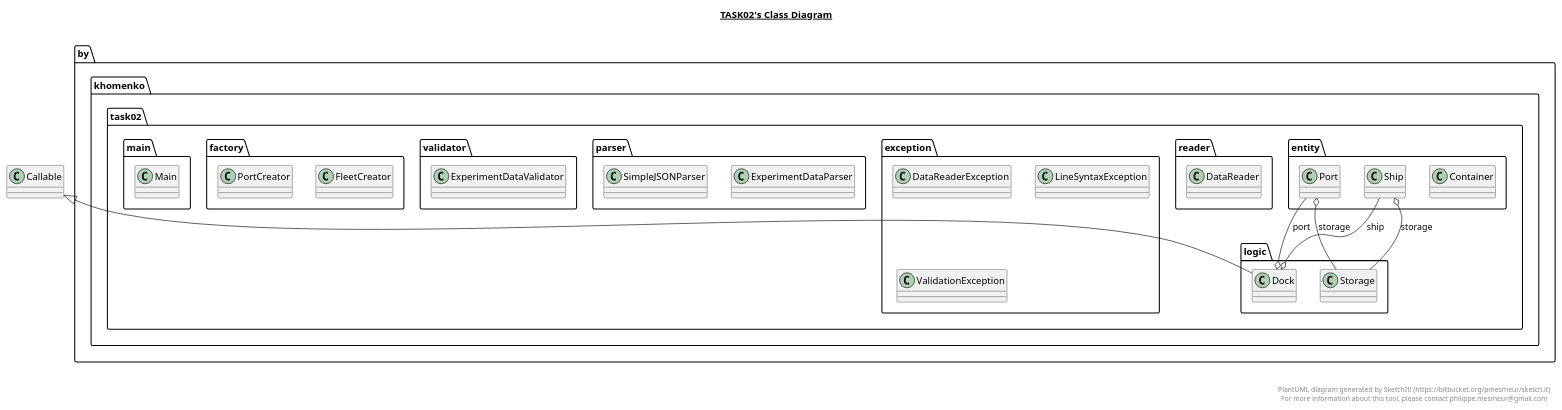
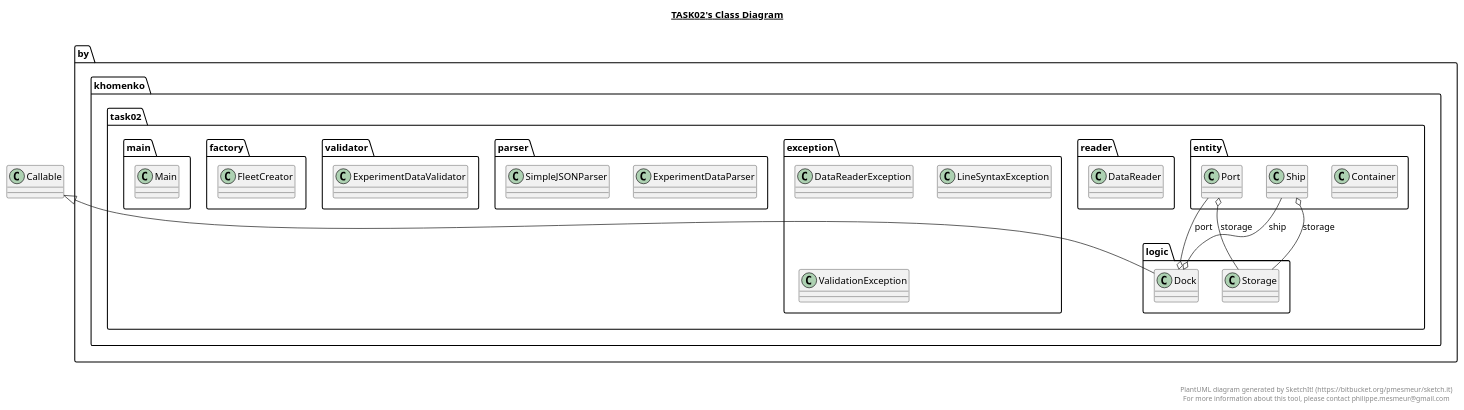
Before and after one commit to EX22/EpamTraining: the diagram in Task02/Task02.plantuml, drawn with PlantUML. The commit also changed 10 other files, not shown here.

```diff
--- a/Task02/Task02.plantuml
+++ b/Task02/Task02.plantuml
@@ -1,109 +1,103 @@
 @startuml
 
 title __TASK02's Class Diagram__\n
 
   package by.khomenko.task02.entity {
     class Container {
     }
   }
   
 
   package by.khomenko.task02.reader {
     class DataReader {
     }
   }
   
 
   package by.khomenko.task02.exception {
     class DataReaderException {
     }
   }
   
 
   package by.khomenko.task02.logic {
     class Dock {
     }
   }
   
 
   package by.khomenko.task02.parser {
     class ExperimentDataParser {
     }
   }
   
 
   package by.khomenko.task02.validator {
     class ExperimentDataValidator {
     }
   }
   
 
   package by.khomenko.task02.factory {
     class FleetCreator {
     }
   }
   
 
   package by.khomenko.task02.exception {
     class LineSyntaxException {
     }
   }
   
 
   package by.khomenko.task02.main {
     class Main {
     }
   }
   
 
   package by.khomenko.task02.entity {
     class Port {
     }
   }
-  
 
-  package by.khomenko.task02.factory {
-    class PortCreator {
-    }
-  }
-  
 
   package by.khomenko.task02.entity {
     class Ship {
     }
   }
   
 
   package by.khomenko.task02.parser {
     class SimpleJSONParser {
     }
   }
   
 
   package by.khomenko.task02.logic {
     class Storage {
     }
   }
   
 
   package by.khomenko.task02.exception {
     class ValidationException {
     }
   }
   
 
   Dock -up-|> Callable
   Dock o-- Port : port
   Dock o-- Ship : ship
   Port o-- Storage : storage
   Ship o-- Storage : storage
 
 
 right footer
 
 
 PlantUML diagram generated by SketchIt! (https://bitbucket.org/pmesmeur/sketch.it)
 For more information about this tool, please contact philippe.mesmeur@gmail.com
 endfooter
 
 @enduml
```
